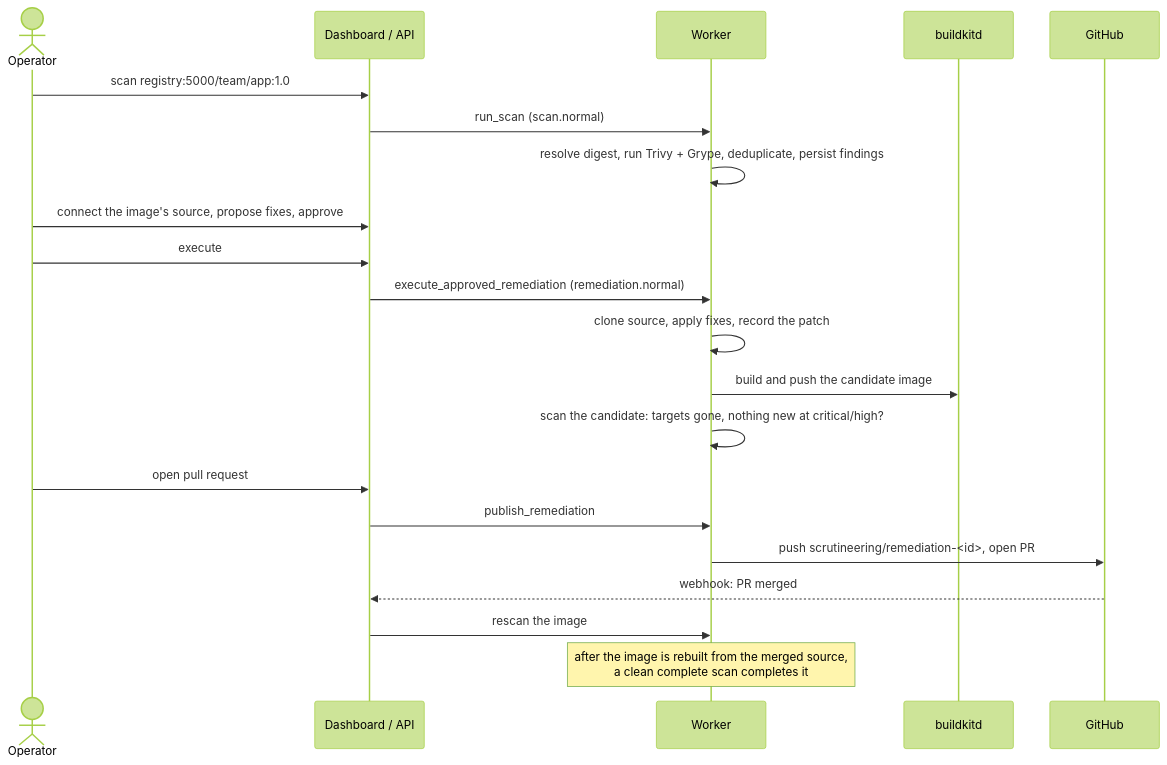
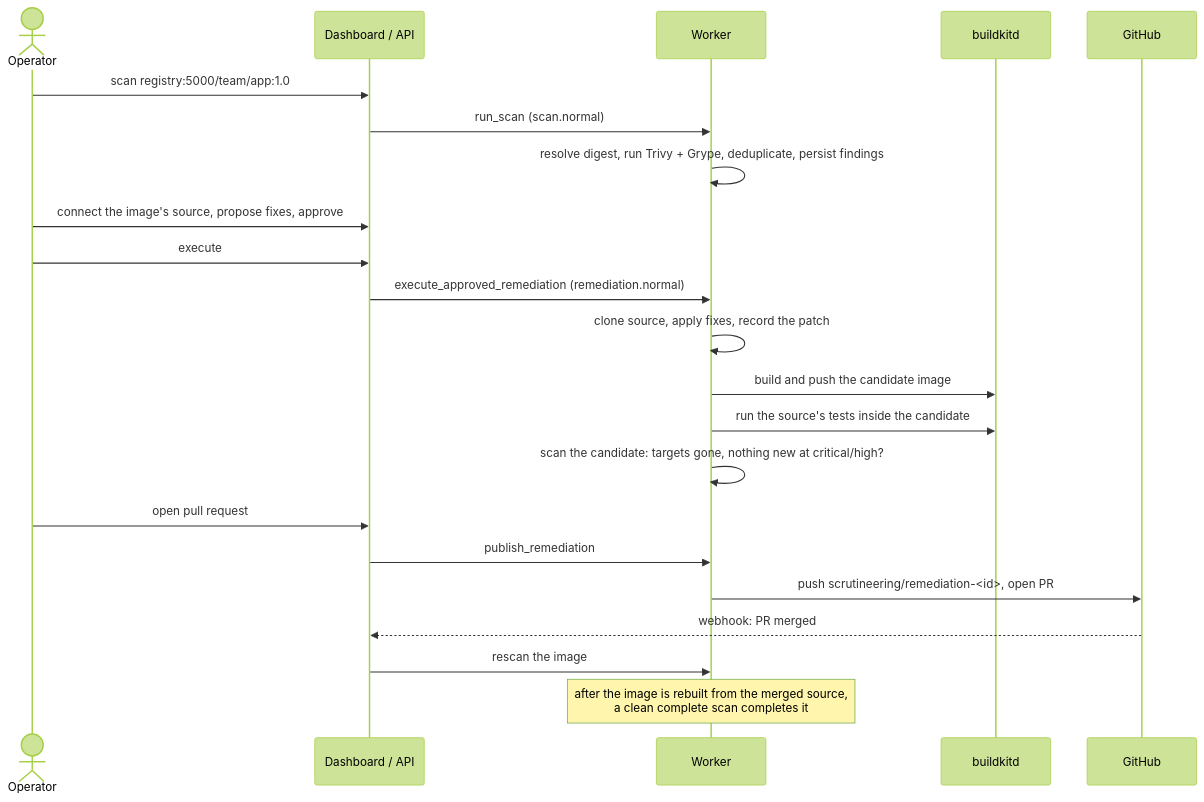
The second of 5 diagrams in docs/ARCHITECTURE.md (pespringer/scrutineering), drawn with Mermaid (forest theme) before and after one commit. The commit also changed 11 other files, not shown here.

First line of the commit message:
Run a source's test command inside the candidate image (decision D7)

````diff
--- a/docs/ARCHITECTURE.md
+++ b/docs/ARCHITECTURE.md
@@ -50,23 +50,24 @@
 ```mermaid
 sequenceDiagram
     actor Op as Operator
     participant D as Dashboard / API
     participant W as Worker
     participant B as buildkitd
     participant G as GitHub
     Op->>D: scan registry:5000/team/app:1.0
     D->>W: run_scan (scan.normal)
     W->>W: resolve digest, run Trivy + Grype, deduplicate, persist findings
     Op->>D: connect the image's source, propose fixes, approve
     Op->>D: execute
     D->>W: execute_approved_remediation (remediation.normal)
     W->>W: clone source, apply fixes, record the patch
     W->>B: build and push the candidate image
+    W->>B: run the source's tests inside the candidate
     W->>W: scan the candidate: targets gone, nothing new at critical/high?
     Op->>D: open pull request
     D->>W: publish_remediation
     W->>G: push scrutineering/remediation-<id>, open PR
     G-->>D: webhook: PR merged
     D->>W: rescan the image
     Note over W: after the image is rebuilt from the merged source,<br/>a clean complete scan completes it
 ```
````
